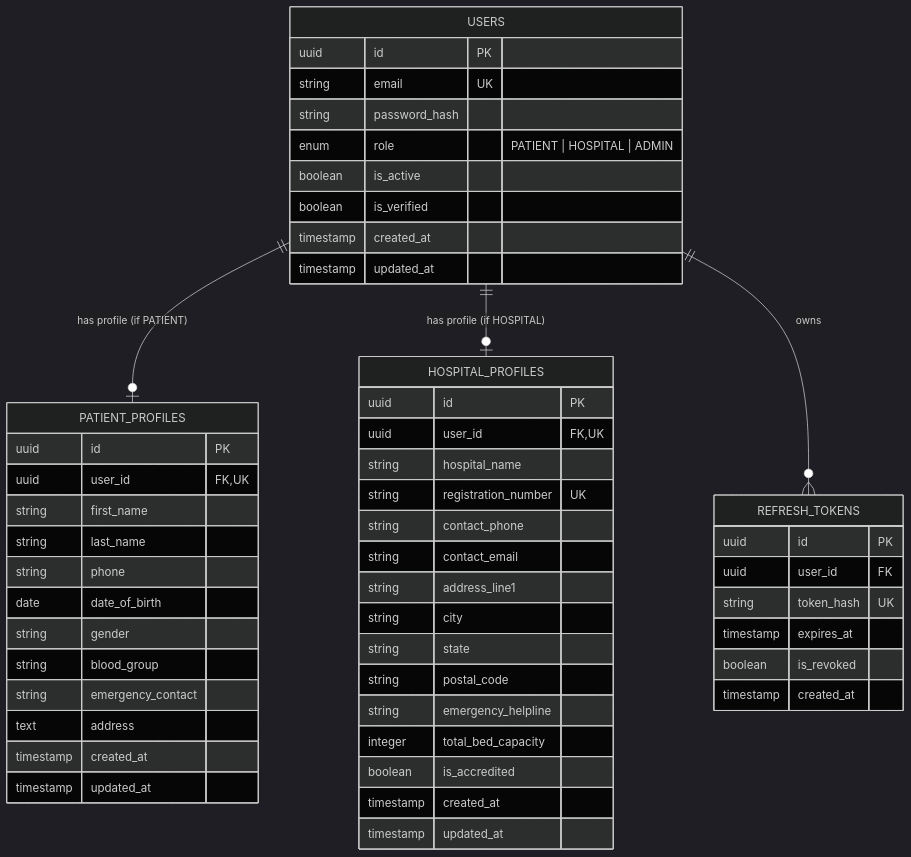
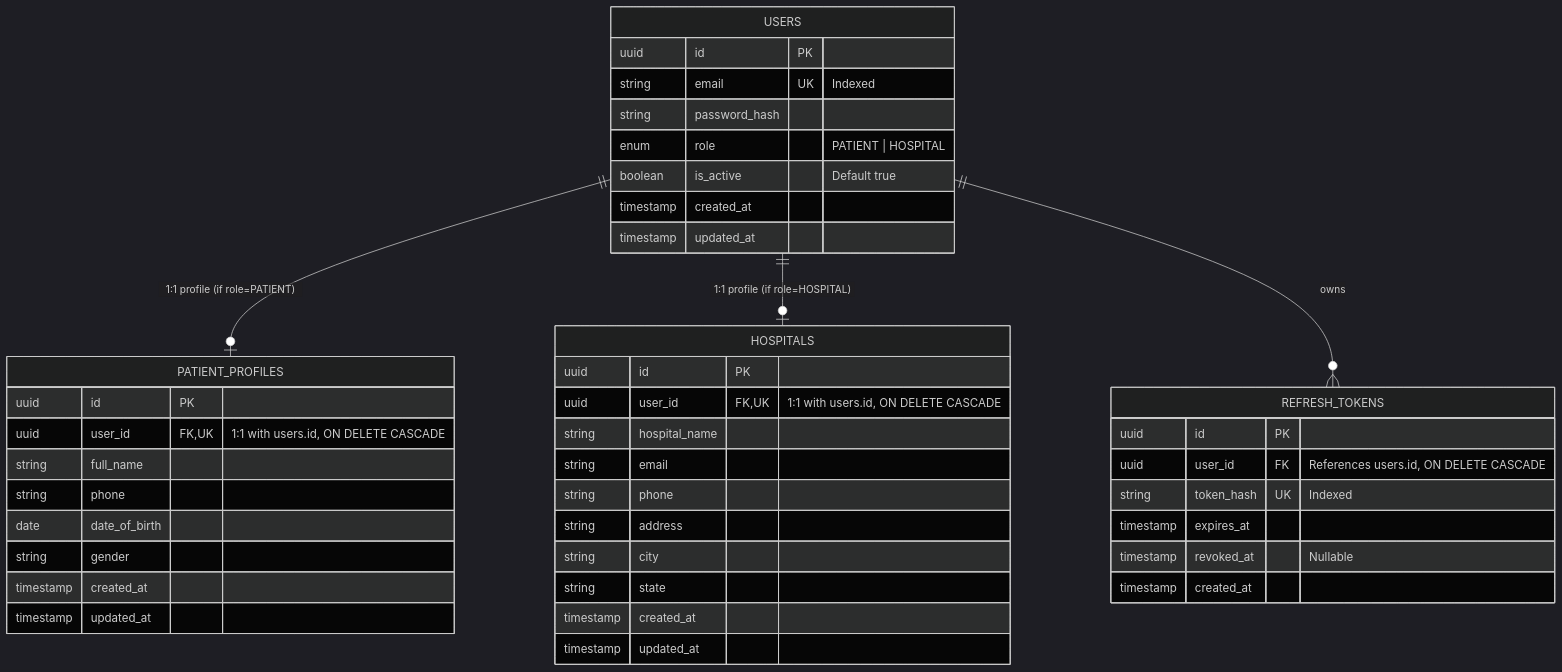
One commit to harshalbari05/Clinova-sih changed the first of 2 diagrams in implementation_plan.md. Above: the diagram before and after it, drawn with Mermaid (dark theme). The commit also changed other lines of this file and 21 other files, not shown here.

````diff
--- a/implementation_plan.md
+++ b/implementation_plan.md
@@ -190,59 +132,49 @@
 ```mermaid
 erDiagram
-    USERS ||--o| PATIENT_PROFILES : "has profile (if PATIENT)"
-    USERS ||--o| HOSPITAL_PROFILES : "has profile (if HOSPITAL)"
+    USERS ||--o| PATIENT_PROFILES : "1:1 profile (if role=PATIENT)"
+    USERS ||--o| HOSPITALS : "1:1 profile (if role=HOSPITAL)"
     USERS ||--o{ REFRESH_TOKENS : "owns"
 
     USERS {
         uuid id PK
-        string email UK
+        string email UK "Indexed"
         string password_hash
-        enum role "PATIENT | HOSPITAL | ADMIN"
-        boolean is_active
-        boolean is_verified
+        enum role "PATIENT | HOSPITAL"
+        boolean is_active "Default true"
         timestamp created_at
         timestamp updated_at
     }
 
     PATIENT_PROFILES {
         uuid id PK
-        uuid user_id FK, UK
-        string first_name
-        string last_name
+        uuid user_id FK, UK "1:1 with users.id, ON DELETE CASCADE"
+        string full_name
         string phone
         date date_of_birth
         string gender
-        string blood_group
-        string emergency_contact
-        text address
         timestamp created_at
         timestamp updated_at
     }
 
-    HOSPITAL_PROFILES {
+    HOSPITALS {
         uuid id PK
-        uuid user_id FK, UK
+        uuid user_id FK, UK "1:1 with users.id, ON DELETE CASCADE"
         string hospital_name
-        string registration_number UK
-        string contact_phone
-        string contact_email
-        string address_line1
+        string email
+        string phone
+        string address
         string city
         string state
-        string postal_code
-        string emergency_helpline
-        integer total_bed_capacity
-        boolean is_accredited
         timestamp created_at
         timestamp updated_at
     }
 
     REFRESH_TOKENS {
         uuid id PK
-        uuid user_id FK
-        string token_hash UK
+        uuid user_id FK "References users.id, ON DELETE CASCADE"
+        string token_hash UK "Indexed"
         timestamp expires_at
-        boolean is_revoked
+        timestamp revoked_at "Nullable"
         timestamp created_at
     }
 ```
````
